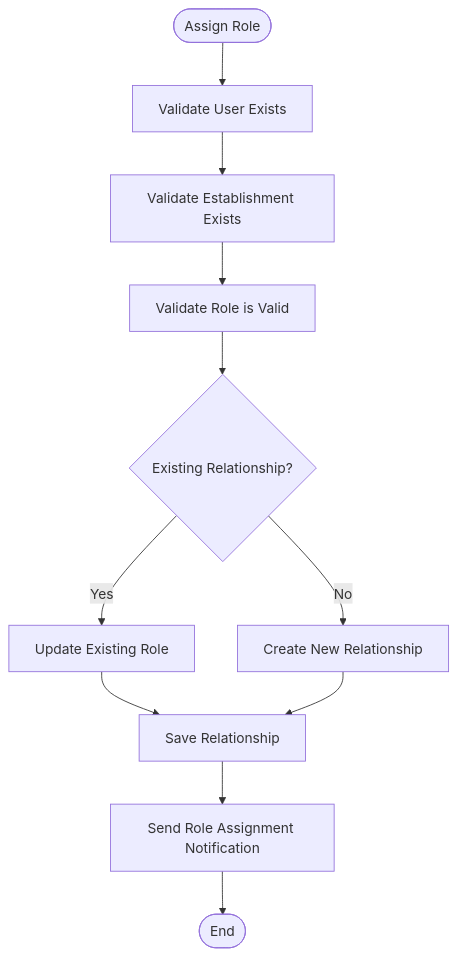
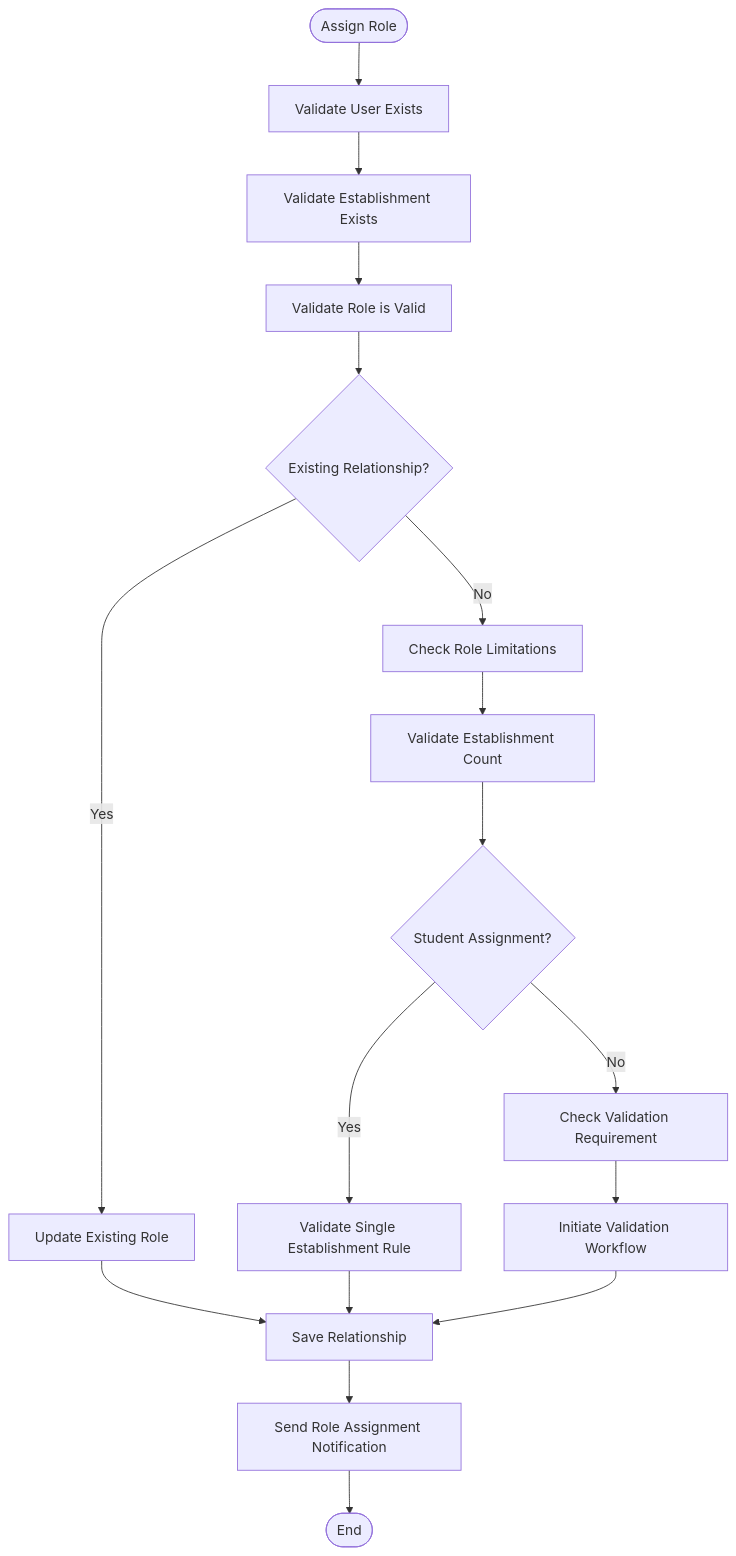
One commit to franckylab/eLISAschool changed diagram 14 of 18 in .qoder/repowiki/en/content/Modules & Features/Administrative Modules/Establishment Management.md. Above: the diagram before and after it, drawn with Mermaid. The commit also changed other lines of this file and 67 other files, not shown here.

````diff
--- a/.qoder/repowiki/en/content/Modules & Features/Administrative Modules/Establishment Management.md
+++ b/.qoder/repowiki/en/content/Modules & Features/Administrative Modules/Establishment Management.md
@@ -469,13 +633,19 @@
 ```mermaid
 flowchart TD
 Start([Assign Role]) --> ValidateUser["Validate User Exists"]
 ValidateUser --> ValidateEtab["Validate Establishment Exists"]
 ValidateEtab --> ValidateRole["Validate Role is Valid"]
 ValidateRole --> CheckExisting{"Existing Relationship?"}
 CheckExisting --> |Yes| UpdateRole["Update Existing Role"]
-CheckExisting --> |No| CreateRelation["Create New Relationship"]
+CheckExisting --> |No| CheckRoleLimitations["Check Role Limitations"]
 UpdateRole --> SaveRelation["Save Relationship"]
-CreateRelation --> SaveRelation
+CheckRoleLimitations --> ValidateCount["Validate Establishment Count"]
+ValidateCount --> CheckStudentRule{"Student Assignment?"}
+CheckStudentRule --> |Yes| ValidateSingleEtab["Validate Single Establishment Rule"]
+CheckStudentRule --> |No| CheckValidationReq["Check Validation Requirement"]
+ValidateSingleEtab --> SaveRelation
+CheckValidationReq --> InitiateWorkflow["Initiate Validation Workflow"]
+InitiateWorkflow --> SaveRelation
 SaveRelation --> SendNotification["Send Role Assignment Notification"]
 SendNotification --> End([End])
 ```
````
